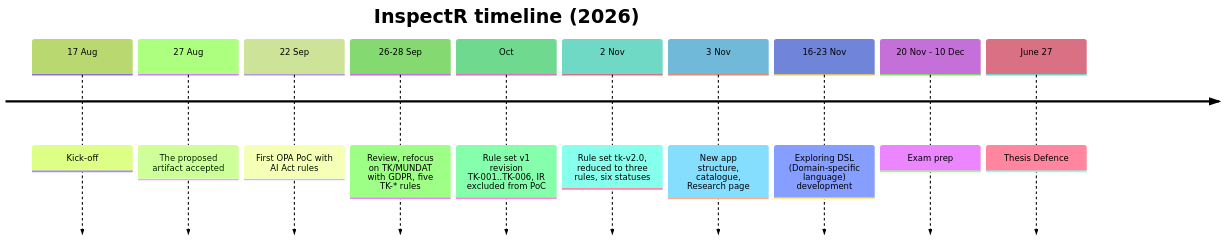
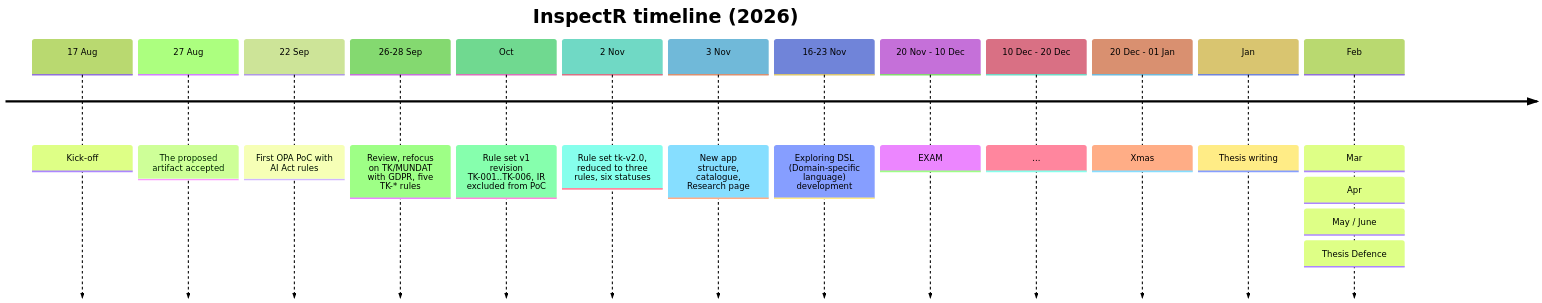
One commit to sirin-koca/InspectR-Final changed the first of 2 diagrams in README.md. Above: the diagram before and after it, drawn with Mermaid (forest theme).

Commit message:
Revise timeline and add thesis writing schedule
Updated timeline in README with exam and thesis writing details.

````diff
--- a/README.md
+++ b/README.md
@@ -11,16 +11,21 @@
 ```mermaid
 timeline
     title InspectR timeline (2026)
   17 Aug : Kick-off
   27 Aug : The proposed artifact accepted
   22 Sep : First OPA PoC with AI Act rules
   26-28 Sep : Review, refocus on TK/MUNDAT with GDPR, five TK-* rules
   Oct : Rule set v1 revision TK-001..TK-006, IR excluded from PoC
   2 Nov : Rule set tk-v2.0, reduced to three rules, six statuses
   3 Nov : New app structure, catalogue, Research page
   16-23 Nov : Exploring DSL (Domain-specific language) development 
-  20 Nov - 10 Dec : Exam prep
-
-  June 27: Thesis Defence 
+  20 Nov - 10 Dec : EXAM
+  10 Dec - 20 Dec: ...
+  20 Dec - 01 Jan: Xmas
+  Jan : Thesis writing 
+  Feb :
+  Mar :
+  Apr :
+  May / June : Thesis Defence 
   
 ```
````
